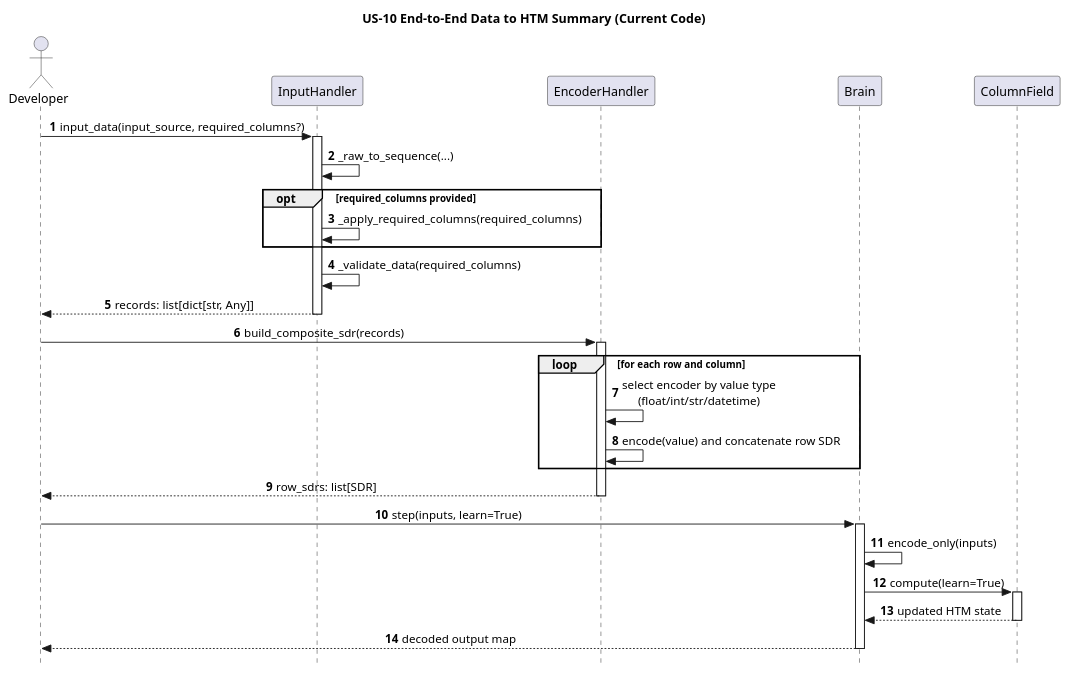
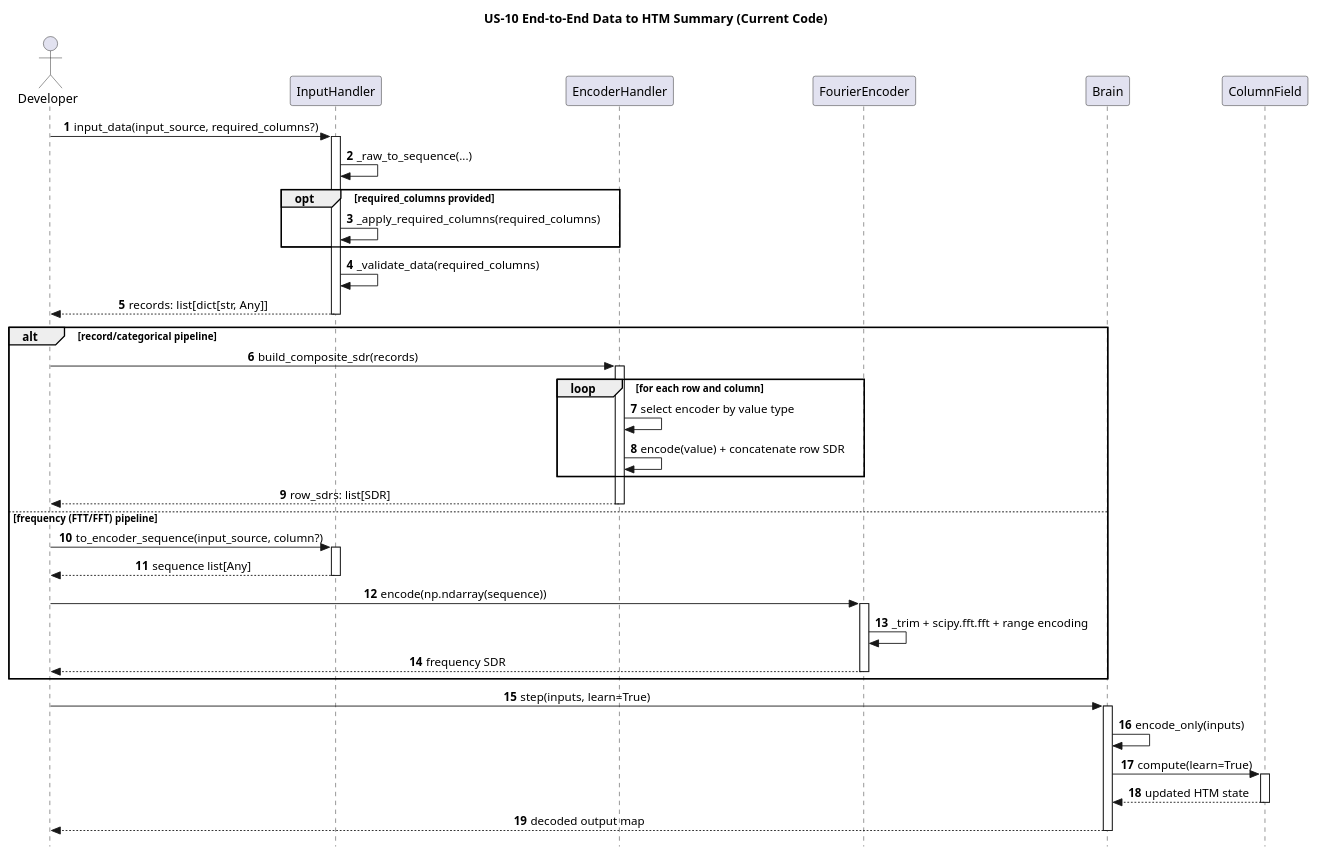
The diagram in docs/puml/US/us-10.puml (egrembocki/htmrl), drawn with PlantUML before and after one commit. The commit also changed 3 other files, not shown here.

Commit message:
Update US PUML flows for InputHandler and FFT changes

```diff
--- a/docs/puml/US/us-10.puml
+++ b/docs/puml/US/us-10.puml
@@ -1,43 +1,57 @@
 @startuml
 skinparam style strictuml
 skinparam sequenceMessageAlign center
 skinparam responseMessageBelowArrow true
 autonumber
 
 title US-10 End-to-End Data to HTM Summary (Current Code)
 
 actor Developer
 participant "InputHandler" as IH
 participant "EncoderHandler" as EH
+participant "FourierEncoder" as FFT
 participant "Brain" as BR
 participant "ColumnField" as CF
 
 Developer -> IH: input_data(input_source, required_columns?)
 activate IH
 IH -> IH: _raw_to_sequence(...)
 opt required_columns provided
   IH -> IH: _apply_required_columns(required_columns)
 end
 IH -> IH: _validate_data(required_columns)
 IH --> Developer: records: list[dict[str, Any]]
 deactivate IH
 
-Developer -> EH: build_composite_sdr(records)
-activate EH
-loop for each row and column
-  EH -> EH: select encoder by value type\n(float/int/str/datetime)
-  EH -> EH: encode(value) and concatenate row SDR
+alt record/categorical pipeline
+  Developer -> EH: build_composite_sdr(records)
+  activate EH
+  loop for each row and column
+    EH -> EH: select encoder by value type
+    EH -> EH: encode(value) + concatenate row SDR
+  end
+  EH --> Developer: row_sdrs: list[SDR]
+  deactivate EH
+else frequency (FTT/FFT) pipeline
+  Developer -> IH: to_encoder_sequence(input_source, column?)
+  activate IH
+  IH --> Developer: sequence list[Any]
+  deactivate IH
+
+  Developer -> FFT: encode(np.ndarray(sequence))
+  activate FFT
+  FFT -> FFT: _trim + scipy.fft.fft + range encoding
+  FFT --> Developer: frequency SDR
+  deactivate FFT
 end
-EH --> Developer: row_sdrs: list[SDR]
-deactivate EH
 
 Developer -> BR: step(inputs, learn=True)
 activate BR
 BR -> BR: encode_only(inputs)
 BR -> CF: compute(learn=True)
 activate CF
 CF --> BR: updated HTM state
 Deactivate CF
 BR --> Developer: decoded output map
 deactivate BR
 @enduml
```
